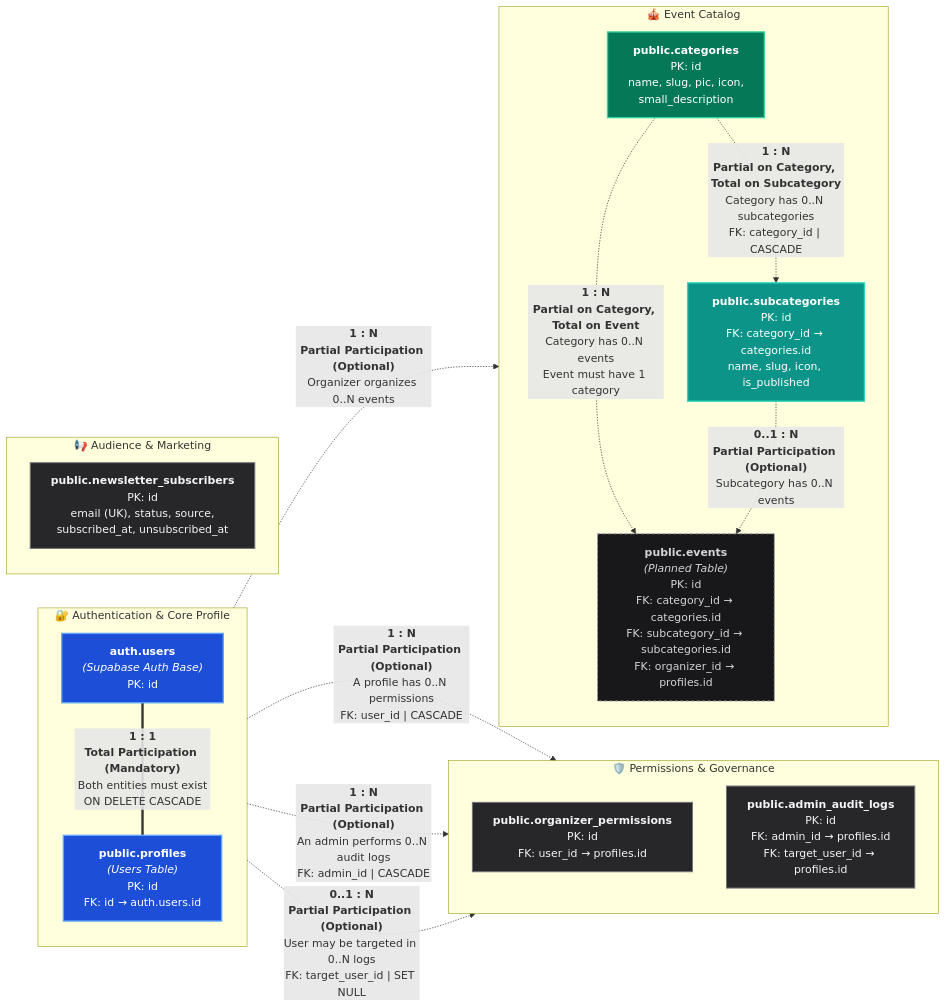
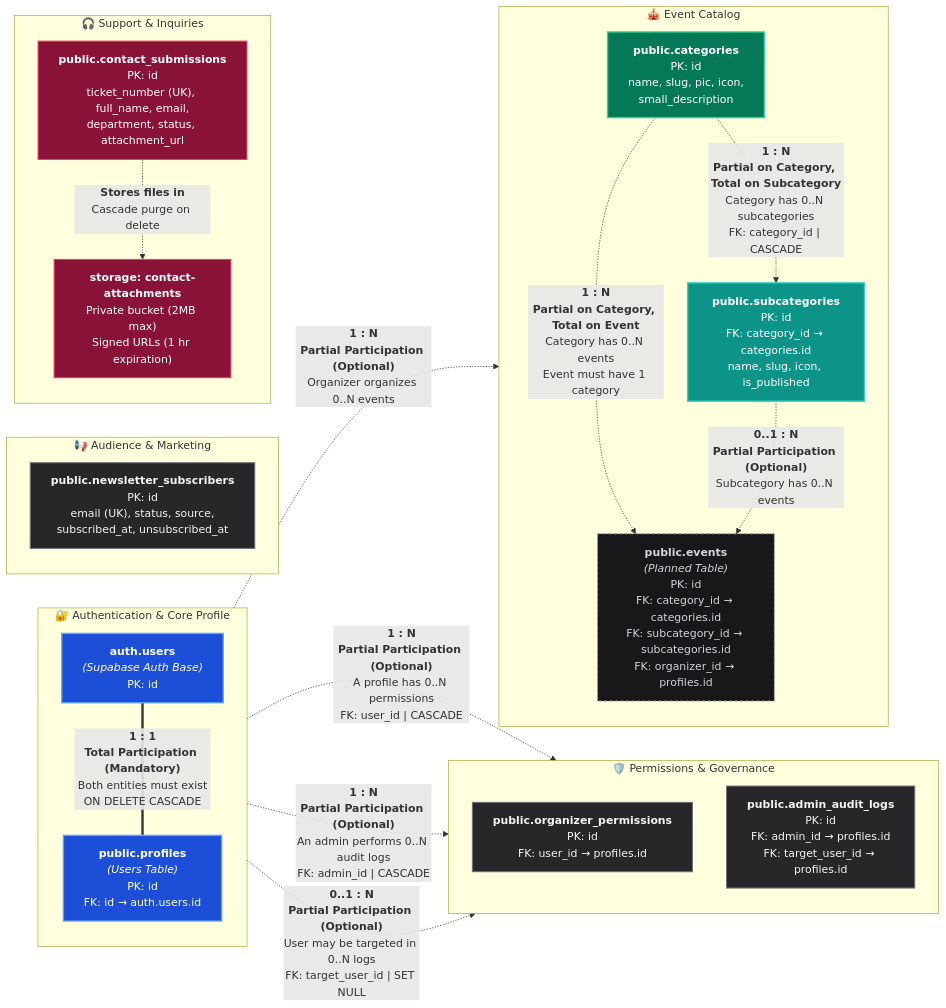
The first of 4 diagrams in docs/DB_STRUCTURE.md (AbdullahAhmed903/Tiqora), drawn with Mermaid before and after one commit. The commit also changed other lines of this file and 17 other files, not shown here.

````diff
--- a/docs/DB_STRUCTURE.md
+++ b/docs/DB_STRUCTURE.md
@@ -48,56 +50,65 @@
 ```mermaid
 flowchart LR
     subgraph AuthLayer ["🔐 Authentication & Core Profile"]
         direction TB
         AU["<b>auth.users</b><br/><i>(Supabase Auth Base)</i><br/>PK: id"]
         P["<b>public.profiles</b><br/><i>(Users Table)</i><br/>PK: id<br/>FK: id &rarr; auth.users.id"]
     end
 
     subgraph GovernanceLayer ["🛡️ Permissions & Governance"]
         direction TB
         OP["<b>public.organizer_permissions</b><br/>PK: id<br/>FK: user_id &rarr; profiles.id"]
         AL["<b>public.admin_audit_logs</b><br/>PK: id<br/>FK: admin_id &rarr; profiles.id<br/>FK: target_user_id &rarr; profiles.id"]
     end
 
     subgraph CatalogLayer ["🎪 Event Catalog"]
         direction TB
         C["<b>public.categories</b><br/>PK: id<br/>name, slug, pic, icon,<br/>small_description"]
         SC["<b>public.subcategories</b><br/>PK: id<br/>FK: category_id &rarr; categories.id<br/>name, slug, icon, is_published"]
         E["<b>public.events</b><br/><i>(Planned Table)</i><br/>PK: id<br/>FK: category_id &rarr; categories.id<br/>FK: subcategory_id &rarr; subcategories.id<br/>FK: organizer_id &rarr; profiles.id"]
     end
 
     subgraph AudienceLayer ["📢 Audience & Marketing"]
         direction TB
         NS["<b>public.newsletter_subscribers</b><br/>PK: id<br/>email (UK), status, source,<br/>subscribed_at, unsubscribed_at"]
     end
 
+    subgraph SupportLayer ["🎧 Support & Inquiries"]
+        direction TB
+        CS["<b>public.contact_submissions</b><br/>PK: id<br/>ticket_number (UK), full_name, email,<br/>department, status, attachment_url"]
+        SCA["<b>storage: contact-attachments</b><br/>Private bucket (2MB max)<br/>Signed URLs (1 hr expiration)"]
+        CS -.->|"<b>Stores files in</b><br/>Cascade purge on delete"| SCA
+    end
+
     %% Active Relations with Detailed Labels
     AU ===|"<b>1 : 1</b><br/><b>Total Participation (Mandatory)</b><br/>Both entities must exist<br/>ON DELETE CASCADE"| P
 
     P -.->|"<b>1 : N</b><br/><b>Partial Participation (Optional)</b><br/>A profile has 0..N permissions<br/>FK: user_id | CASCADE"| OP
 
     P -.->|"<b>1 : N</b><br/><b>Partial Participation (Optional)</b><br/>An admin performs 0..N audit logs<br/>FK: admin_id | CASCADE"| AL
 
     P -.->|"<b>0..1 : N</b><br/><b>Partial Participation (Optional)</b><br/>User may be targeted in 0..N logs<br/>FK: target_user_id | SET NULL"| AL
 
     %% Subcategory Relation
     C -.->|"<b>1 : N</b><br/><b>Partial on Category, Total on Subcategory</b><br/>Category has 0..N subcategories<br/>FK: category_id | CASCADE"| SC
 
     %% Planned Relation to Category & Subcategory
     C -.->|"<b>1 : N</b><br/><b>Partial on Category, Total on Event</b><br/>Category has 0..N events<br/>Event must have 1 category"| E
     SC -.->|"<b>0..1 : N</b><br/><b>Partial Participation (Optional)</b><br/>Subcategory has 0..N events"| E
     P -.->|"<b>1 : N</b><br/><b>Partial Participation (Optional)</b><br/>Organizer organizes 0..N events"| E
 
     %% Styling
     classDef core fill:#1d4ed8,stroke:#60a5fa,stroke-width:2px,color:#ffffff;
     classDef secondary fill:#047857,stroke:#34d399,stroke-width:2px,color:#ffffff;
     classDef subcatalog fill:#0d9488,stroke:#2dd4bf,stroke-width:2px,color:#ffffff;
     classDef auxiliary fill:#27272a,stroke:#71717a,stroke-width:1.5px,color:#f4f4f5;
+    classDef support fill:#881337,stroke:#f43f5e,stroke-width:1.5px,color:#ffffff;
     classDef planned fill:#18181b,stroke:#a1a1aa,stroke-dasharray: 4 4,stroke-width:1.5px,color:#d4d4d8;
 
     class AU,P core;
     class C secondary;
     class SC subcatalog;
     class OP,AL,NS auxiliary;
+    class CS,SCA support;
     class E planned;
 ```
````
